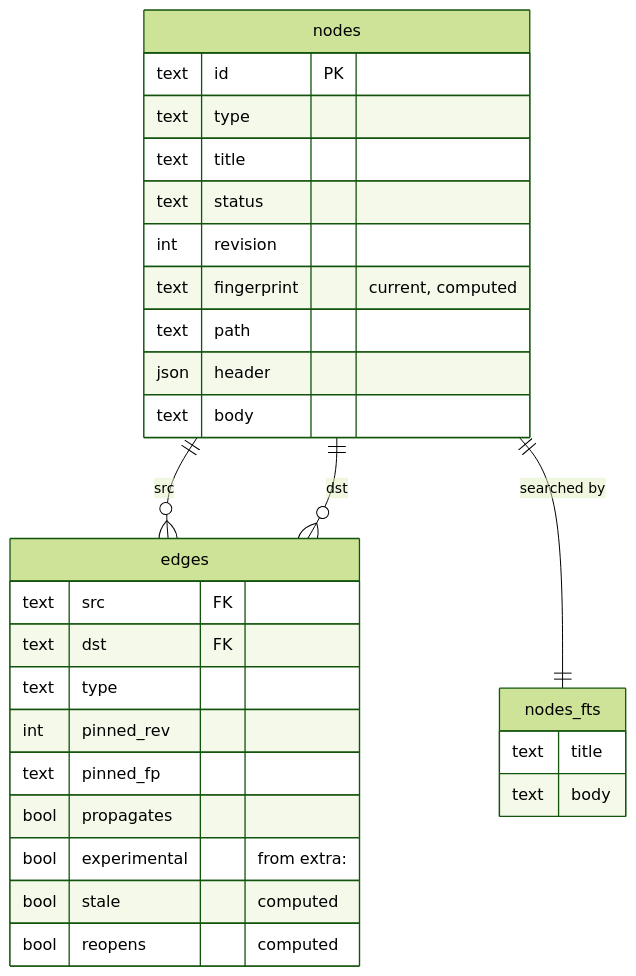
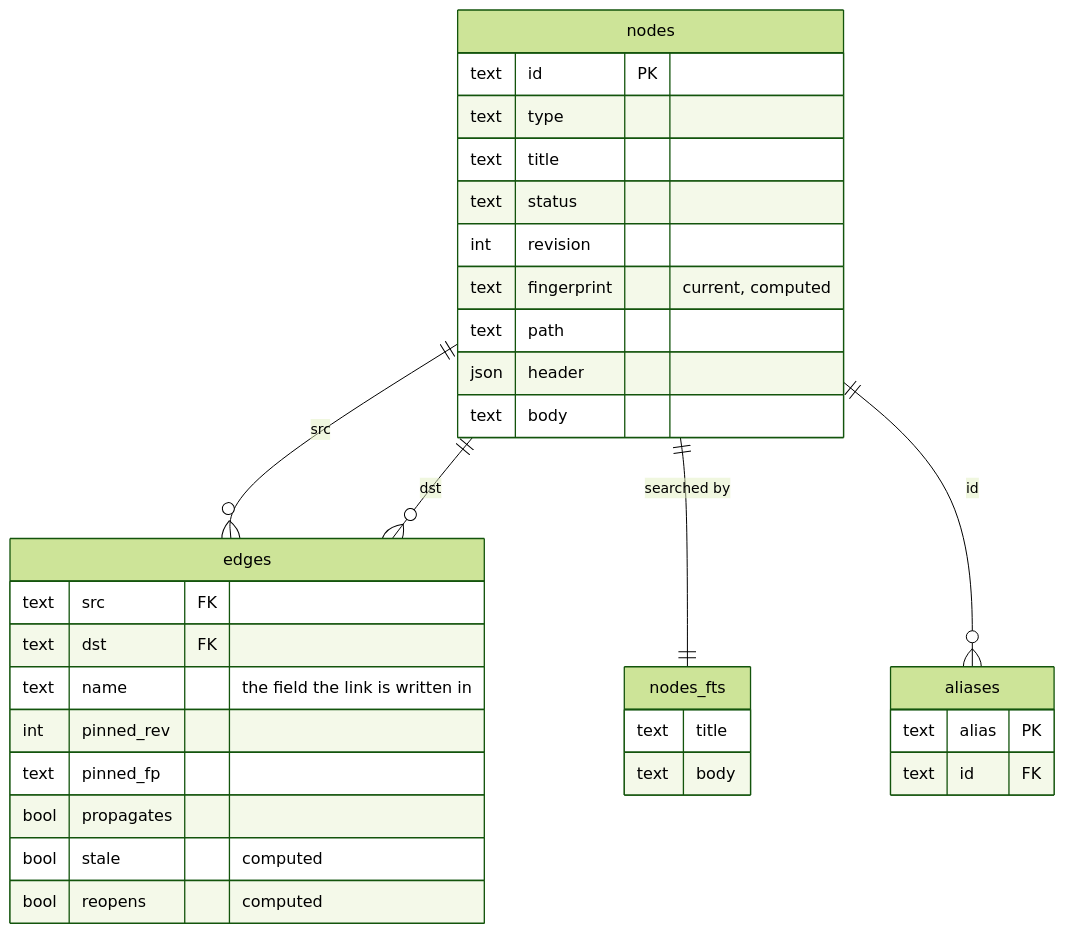
One commit to andycondon/loremason changed the diagram in docs/context-graph/03-implementation.md. Above: the diagram before and after it, drawn with Mermaid (forest theme). The commit also changed other lines of this file and 15 other files, not shown here.

````diff
--- a/docs/context-graph/03-implementation.md
+++ b/docs/context-graph/03-implementation.md
@@ -278,32 +278,36 @@
 ```mermaid
 erDiagram
   nodes ||--o{ edges : "src"
   nodes ||--o{ edges : "dst"
   nodes ||--|| nodes_fts : "searched by"
+  nodes ||--o{ aliases : "id"
   nodes {
     text id PK
     text type
     text title
     text status
     int revision
     text fingerprint "current, computed"
     text path
     json header
     text body
   }
   edges {
     text src FK
     text dst FK
-    text type
+    text name "the field the link is written in"
     int pinned_rev
     text pinned_fp
     bool propagates
-    bool experimental "from extra:"
     bool stale "computed"
     bool reopens "computed"
+  }
+  aliases {
+    text alias PK
+    text id FK
   }
   nodes_fts {
     text title
     text body
   }
 ```
````
